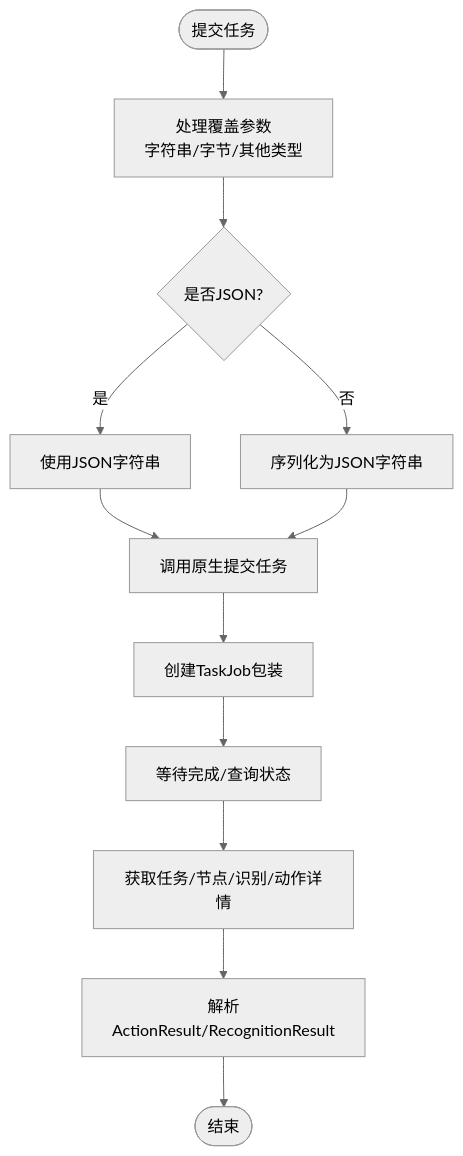
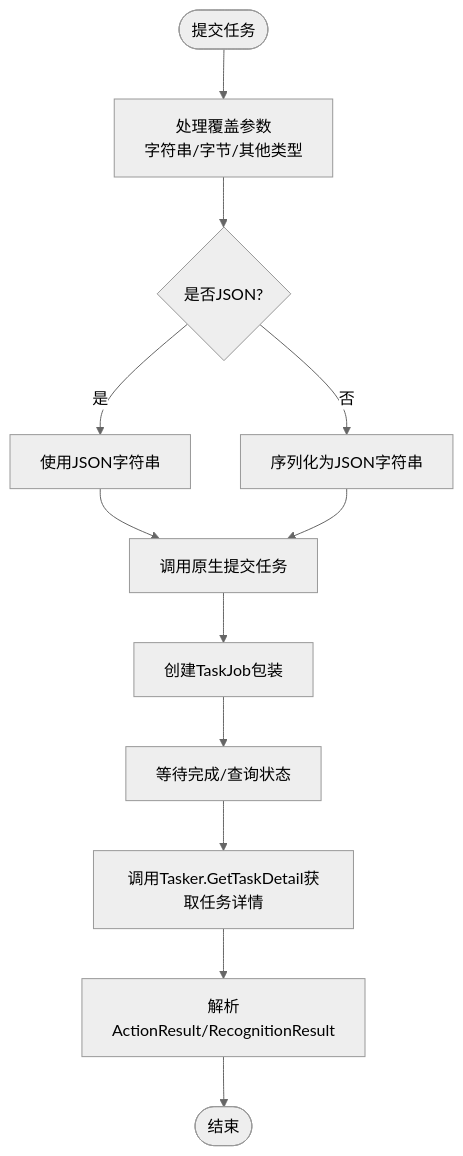
Before and after one commit to kqcoxn/MaaPipelineEditor: the third of 9 diagrams in instructions/maafw-golang-binding/核心概念/任务管理器 (Tasker).md, drawn with Mermaid (neutral theme). The commit also changed other lines of this file and 7 other files, not shown here.

````diff
--- a/instructions/maafw-golang-binding/核心概念/任务管理器 (Tasker).md
+++ b/instructions/maafw-golang-binding/核心概念/任务管理器 (Tasker).md
@@ -194,14 +221,14 @@
 ```mermaid
 flowchart TD
 Start(["提交任务"]) --> Override["处理覆盖参数<br/>字符串/字节/其他类型"]
 Override --> Convert{"是否JSON?"}
 Convert --> |是| UseStr["使用JSON字符串"]
 Convert --> |否| Marshal["序列化为JSON字符串"]
 UseStr --> PostNative["调用原生提交任务"]
 Marshal --> PostNative
 PostNative --> NewJob["创建TaskJob包装"]
 NewJob --> Wait["等待完成/查询状态"]
-Wait --> Detail["获取任务/节点/识别/动作详情"]
+Wait --> Detail["调用Tasker.GetTaskDetail获取任务详情"]
 Detail --> ParseResult["解析ActionResult/RecognitionResult"]
 ParseResult --> End(["结束"])
 ```
````
